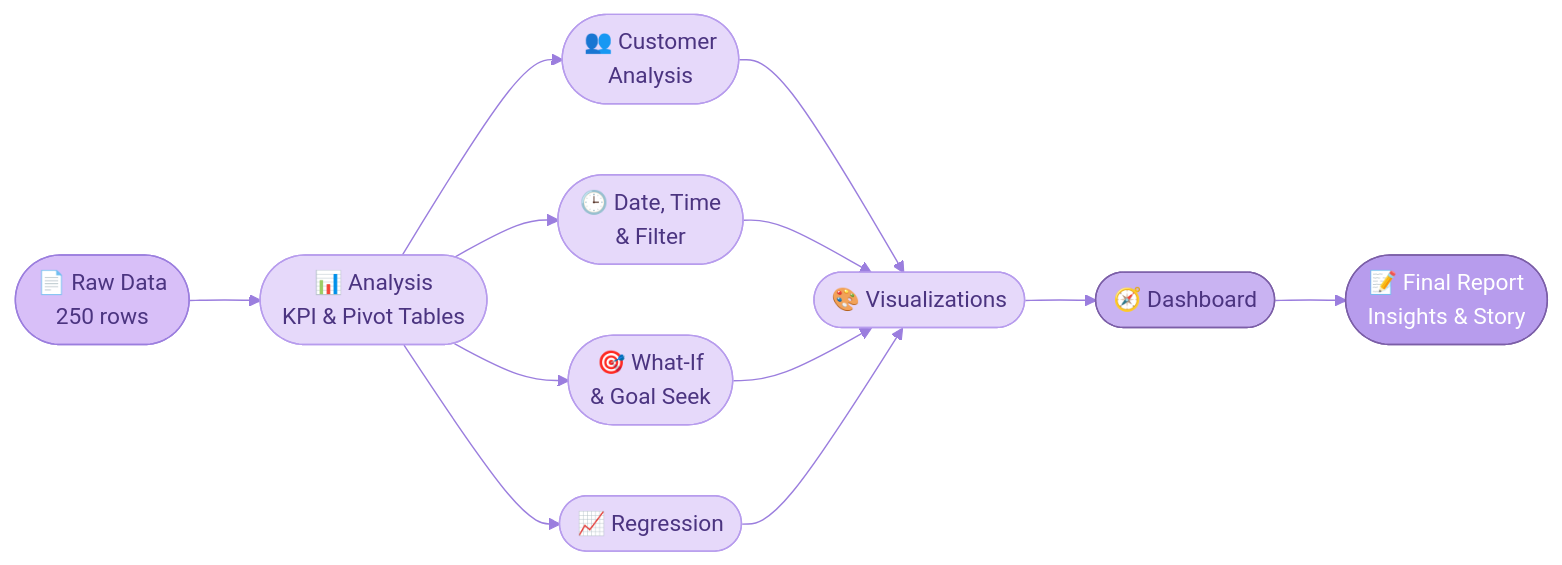
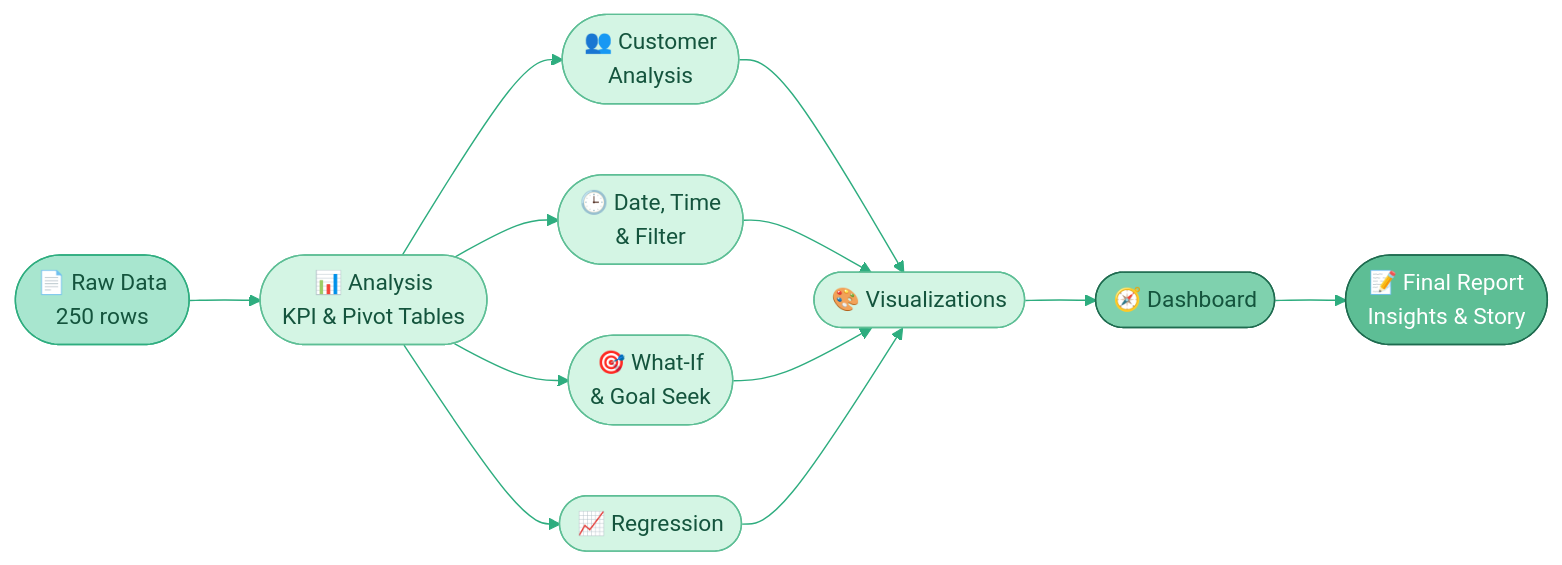
One commit to thadanibhavika6-create/Final__Project changed the diagram in README.md. Above: the diagram before and after it, drawn with Mermaid. The commit also changed other lines of this file, not shown here.

````diff
--- a/README.md
+++ b/README.md
@@ -78,18 +78,18 @@
 ```mermaid
-%%{init: {'theme':'base','themeVariables':{'primaryColor':'#E6D9FA','primaryTextColor':'#4B3480','primaryBorderColor':'#B79CED','lineColor':'#9B7EDE','secondaryColor':'#D8BFF8','tertiaryColor':'#F3ECFD','fontFamily':'Trebuchet MS'}}}%%
+%%{init: {'theme':'base','themeVariables':{'primaryColor':'#D4F5E4','primaryTextColor':'#14543D','primaryBorderColor':'#5DBE95','lineColor':'#2EAD7F','secondaryColor':'#A8E6CF','tertiaryColor':'#EAF9F1','fontFamily':'Trebuchet MS'}}}%%
 flowchart LR
     A([📄 Raw Data<br/>250 rows]) --> B([📊 Analysis<br/>KPI & Pivot Tables])
     B --> C([👥 Customer<br/>Analysis])
     B --> D([🕒 Date, Time<br/>& Filter])
     B --> E([🎯 What-If<br/>& Goal Seek])
     B --> F([📈 Regression])
     C --> G([🎨 Visualizations])
     D --> G
     E --> G
     F --> G
     G --> H([🧭 Dashboard])
     H --> I([📝 Final Report<br/>Insights & Story])
-    style A fill:#D8BFF8,stroke:#9B7EDE,color:#4B3480
-    style H fill:#C9B3F2,stroke:#7B5EA7,color:#4B3480
-    style I fill:#B79CED,stroke:#7B5EA7,color:#ffffff
+    style A fill:#A8E6CF,stroke:#2EAD7F,color:#14543D
+    style H fill:#7FD1AE,stroke:#1E6B4F,color:#14543D
+    style I fill:#5DBE95,stroke:#1E6B4F,color:#ffffff
 ```
````
